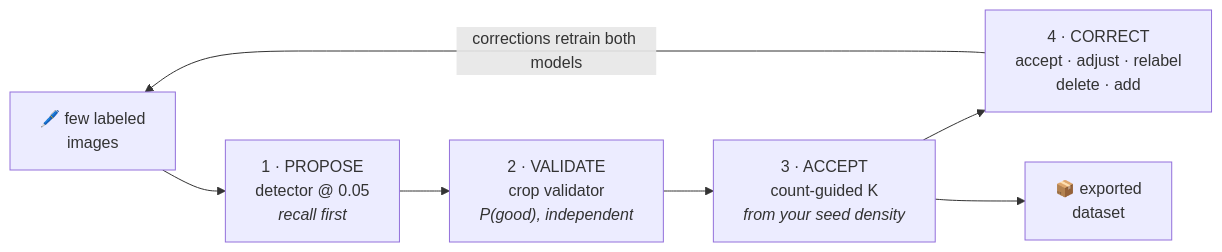
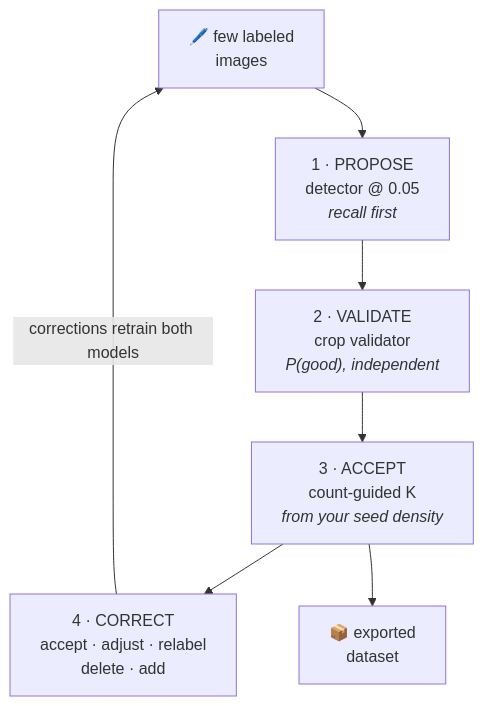
The diagram in README.md (ISW-LAB/Pseudo-Guard-Studio), drawn with Mermaid before and after one commit. The commit also changed other lines of this file, not shown here.

First line of the commit message:
docs: make the round diagram fit, drop the correction heatmap

````diff
--- a/README.md
+++ b/README.md
@@ -135,9 +135,9 @@
 ```mermaid
-flowchart LR
+flowchart TB
     A["🖊️ few labeled<br/>images"] --> B["1 · PROPOSE<br/>detector @ 0.05<br/><i>recall first</i>"]
     B --> C["2 · VALIDATE<br/>crop validator<br/><i>P(good), independent</i>"]
     C --> D["3 · ACCEPT<br/>count-guided K<br/><i>from your seed density</i>"]
     D --> E["4 · CORRECT<br/>accept · adjust · relabel<br/>delete · add"]
     E -->|corrections retrain both models| A
     D --> F["📦 exported<br/>dataset"]
 ```
````
